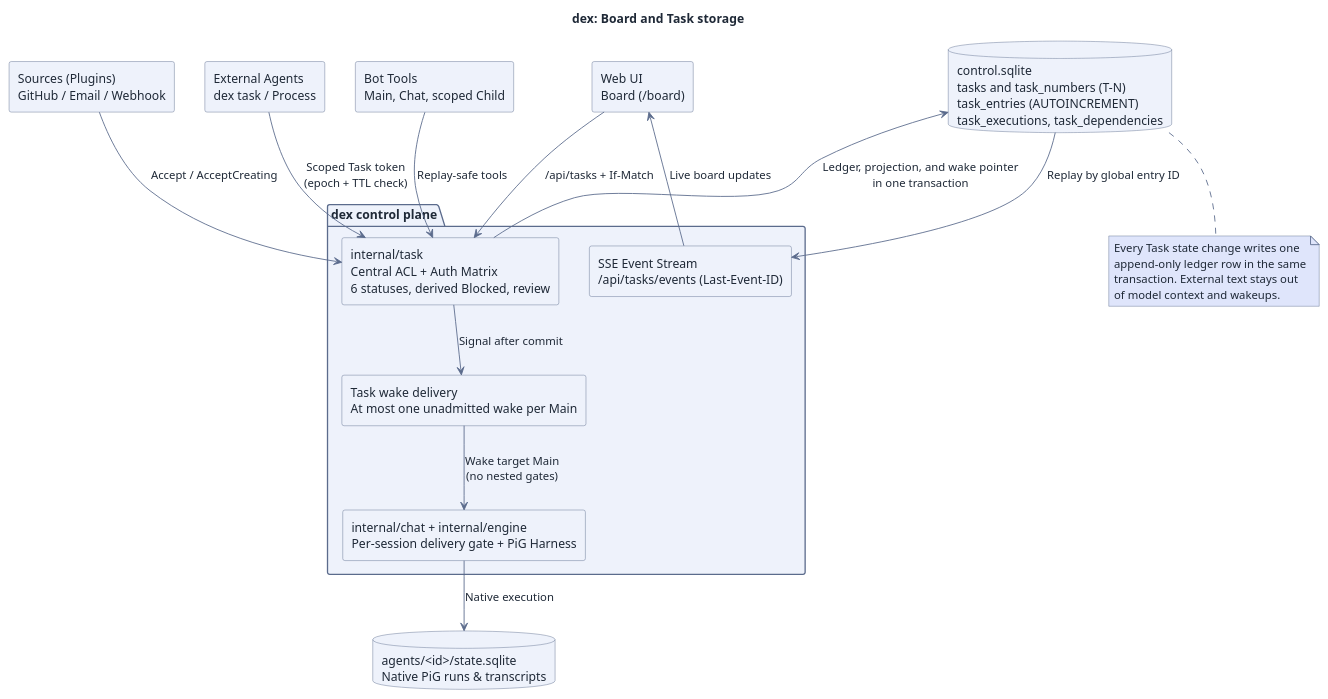
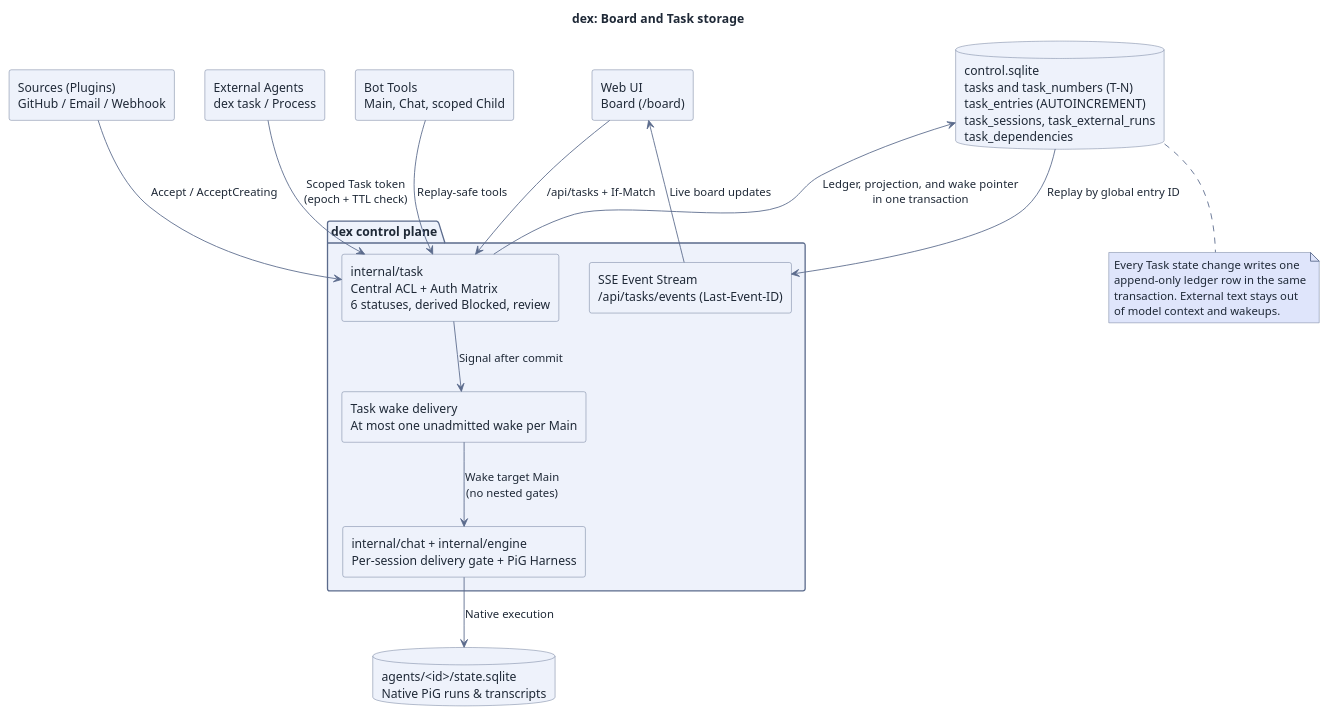
The diagram in docs/assets/src/task-board.puml (recally-io/dex), drawn with PlantUML before and after one commit. The commit also changed 29 other files, not shown here.

First line of the commit message:
db: Split Task Sessions and external runs (#361)

```diff
--- a/docs/assets/src/task-board.puml
+++ b/docs/assets/src/task-board.puml
@@ -1,82 +1,82 @@
 @startuml
 skinparam RectangleBackgroundColor #eef2fb
 skinparam RectangleBorderColor #5b6b8c
 skinparam RectangleFontColor #1f2937
 skinparam ComponentBackgroundColor #eef2fb
 skinparam ComponentBorderColor #5b6b8c
 skinparam ComponentFontColor #1f2937
 skinparam ClassBackgroundColor #eef2fb
 skinparam ClassBorderColor #5b6b8c
 skinparam ClassFontColor #1f2937
 skinparam UsecaseBackgroundColor #eef2fb
 skinparam UsecaseBorderColor #5b6b8c
 skinparam UsecaseFontColor #1f2937
 skinparam DatabaseBackgroundColor #eef2fb
 skinparam DatabaseBorderColor #5b6b8c
 skinparam DatabaseFontColor #1f2937
 skinparam NodeBackgroundColor #eef2fb
 skinparam NodeBorderColor #5b6b8c
 skinparam NodeFontColor #1f2937
 skinparam ActorBackgroundColor #eef2fb
 skinparam ActorBorderColor #5b6b8c
 skinparam ActorFontColor #1f2937
 skinparam StateBackgroundColor #eef2fb
 skinparam StateBorderColor #5b6b8c
 skinparam StateFontColor #1f2937
 skinparam ArtifactBackgroundColor #eef2fb
 skinparam ArtifactBorderColor #5b6b8c
 skinparam ArtifactFontColor #1f2937
 skinparam CloudBackgroundColor #eef2fb
 skinparam CloudBorderColor #5b6b8c
 skinparam CloudFontColor #1f2937
 skinparam FolderBackgroundColor #eef2fb
 skinparam FolderBorderColor #5b6b8c
 skinparam FolderFontColor #1f2937
 skinparam PackageBackgroundColor #eef2fb
 skinparam PackageBorderColor #5b6b8c
 skinparam DefaultFontColor #1f2937
 skinparam ArrowColor #5b6b8c
 skinparam ArrowFontColor #1f2937
 skinparam NoteBackgroundColor #dfe5fb
 skinparam NoteBorderColor #5b6b8c
 skinparam NoteFontColor #1f2937
 skinparam stereotypeABackgroundColor #d9e3f4
 skinparam stereotypeABorderColor #5b6b8c
 skinparam stereotypeCBackgroundColor #d9e3f4
 skinparam stereotypeCBorderColor #5b6b8c
 skinparam stereotypeEBackgroundColor #d9e3f4
 skinparam stereotypeEBorderColor #5b6b8c
 skinparam stereotypeIBackgroundColor #d9e3f4
 skinparam stereotypeIBorderColor #5b6b8c
 skinparam BackgroundColor #ffffff
 title dex: Board and Task storage
 top to bottom direction
 rectangle "Web UI\nBoard (/board)" as ui
 rectangle "Bot Tools\nMain, Chat, scoped Child" as tools
 rectangle "Sources (Plugins)\nGitHub / Email / Webhook" as plugins
 rectangle "External Agents\ndex task / Process" as ext
 package "dex control plane" as ctrl {
   rectangle "SSE Event Stream\n/api/tasks/events (Last-Event-ID)" as sse
   rectangle "internal/task\nCentral ACL + Auth Matrix\n6 statuses, derived Blocked, review" as core
   rectangle "Task wake delivery\nAt most one unadmitted wake per Main" as wake
   rectangle "internal/chat + internal/engine\nPer-session delivery gate + PiG Harness" as runtime
 }
-database "control.sqlite\ntasks and task_numbers (T-N)\ntask_entries (AUTOINCREMENT)\ntask_executions, task_dependencies" as cdb
+database "control.sqlite\ntasks and task_numbers (T-N)\ntask_entries (AUTOINCREMENT)\ntask_sessions, task_external_runs\ntask_dependencies" as cdb
 database "agents/<id>/state.sqlite\nNative PiG runs & transcripts" as adb
 ui --> core : /api/tasks + If-Match
 ui <-- sse : Live board updates
 tools --> core : Replay-safe tools
 plugins --> core : Accept / AcceptCreating
 ext --> core : Scoped Task token\n(epoch + TTL check)
 core --> cdb : Ledger, projection, and wake pointer\nin one transaction
 cdb --> sse : Replay by global entry ID
 core --> wake : Signal after commit
 wake --> runtime : Wake target Main\n(no nested gates)
 runtime --> adb : Native execution
 note bottom of cdb
   Every Task state change writes one
   append-only ledger row in the same
   transaction. External text stays out
   of model context and wakeups.
 end note
 @enduml
```
